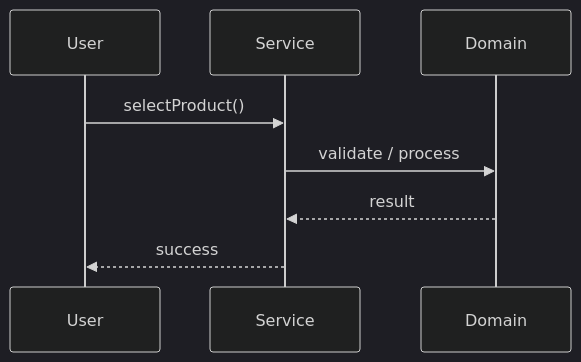
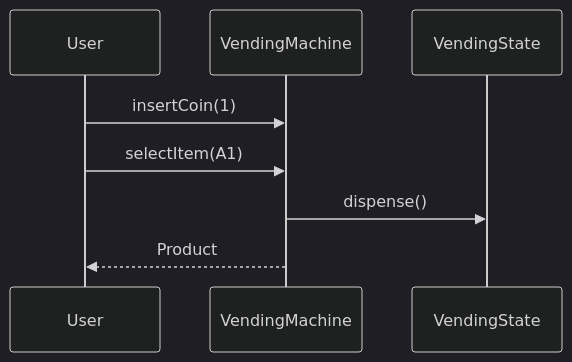
Before and after one commit to madhupaila/Interview-Prep-SSE: the second of 3 diagrams in Learn/System Design - Low Level Design/02-classic-ood/questions/Q10-vending-machine.md, drawn with Mermaid (dark theme). The commit also changed other lines of this file and 491 other files, not shown here.

````diff
--- a/Learn/System Design - Low Level Design/02-classic-ood/questions/Q10-vending-machine.md
+++ b/Learn/System Design - Low Level Design/02-classic-ood/questions/Q10-vending-machine.md
@@ -122,10 +155,10 @@
 ```mermaid
 sequenceDiagram
-    participant U as User
-    participant S as Service
-    participant D as Domain
-    U->>S: selectProduct()
-    S->>D: validate / process
-    D-->>S: result
-    S-->>U: success
+participant U as User
+participant V as VendingMachine
+participant S as VendingState
+U->>V: insertCoin(1)
+U->>V: selectItem(A1)
+V->>S: dispense()
+V-->>U: Product
 ```
````
